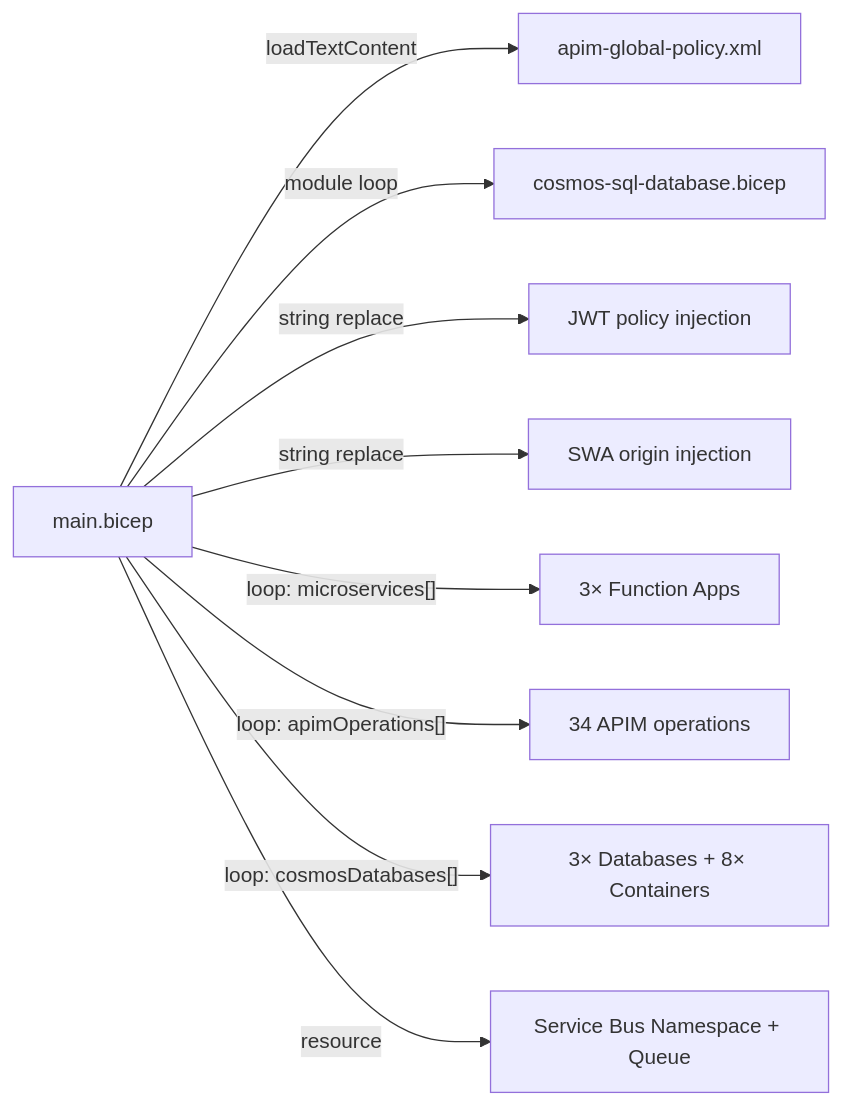
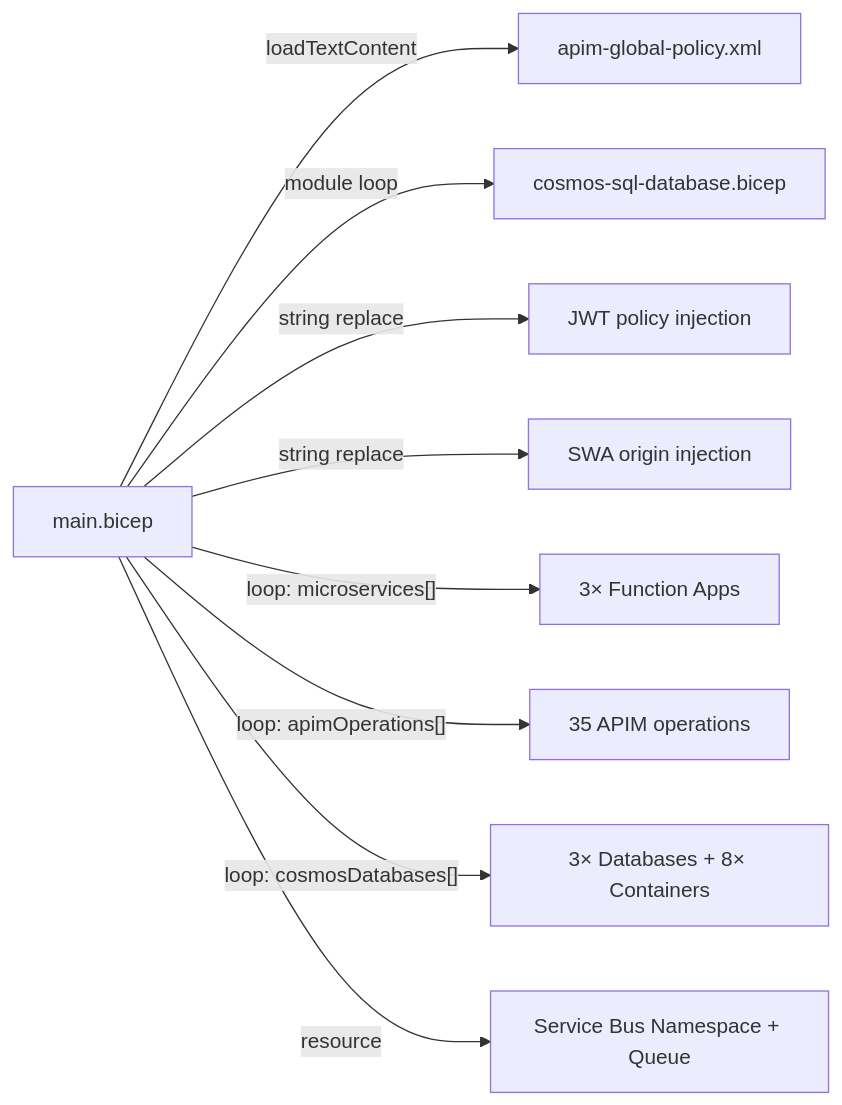
One commit to dejanefremovout/LawOffice changed the second of 4 diagrams in docs/architecture/INFRASTRUCTURE_AND_DEPLOYMENT.md. Above: the diagram before and after it, drawn with Mermaid. The commit also changed other lines of this file and 47 other files, not shown here.

````diff
--- a/docs/architecture/INFRASTRUCTURE_AND_DEPLOYMENT.md
+++ b/docs/architecture/INFRASTRUCTURE_AND_DEPLOYMENT.md
@@ -161,11 +170,11 @@
 ```mermaid
 graph LR
     A[main.bicep] -->|"loadTextContent"| B[apim-global-policy.xml]
     A -->|"module loop"| C[cosmos-sql-database.bicep]
     A -->|"string replace"| D["JWT policy injection"]
     A -->|"string replace"| E["SWA origin injection"]
     A -->|"loop: microservices[]"| F["3× Function Apps"]
-    A -->|"loop: apimOperations[]"| G["34 APIM operations"]
+    A -->|"loop: apimOperations[]"| G["35 APIM operations"]
     A -->|"loop: cosmosDatabases[]"| H["3× Databases + 8× Containers"]
     A -->|"resource"| I["Service Bus Namespace + Queue"]
 ```
````
